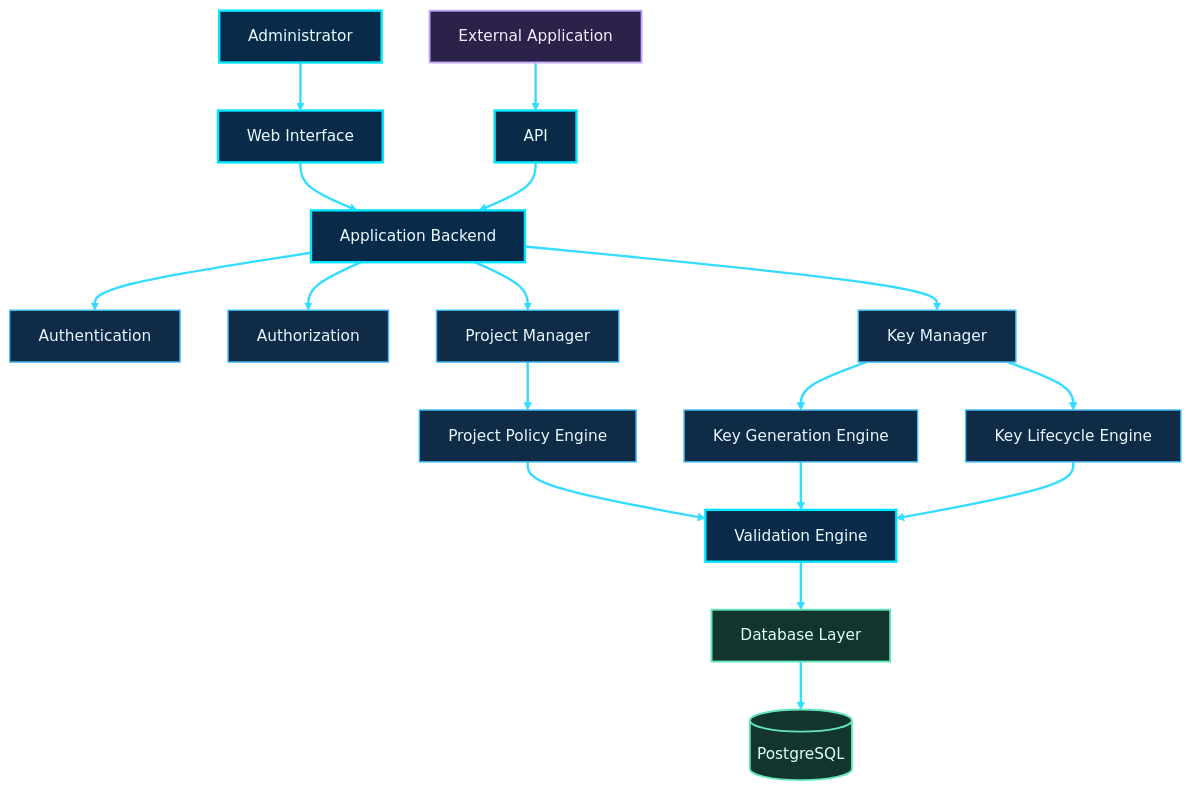
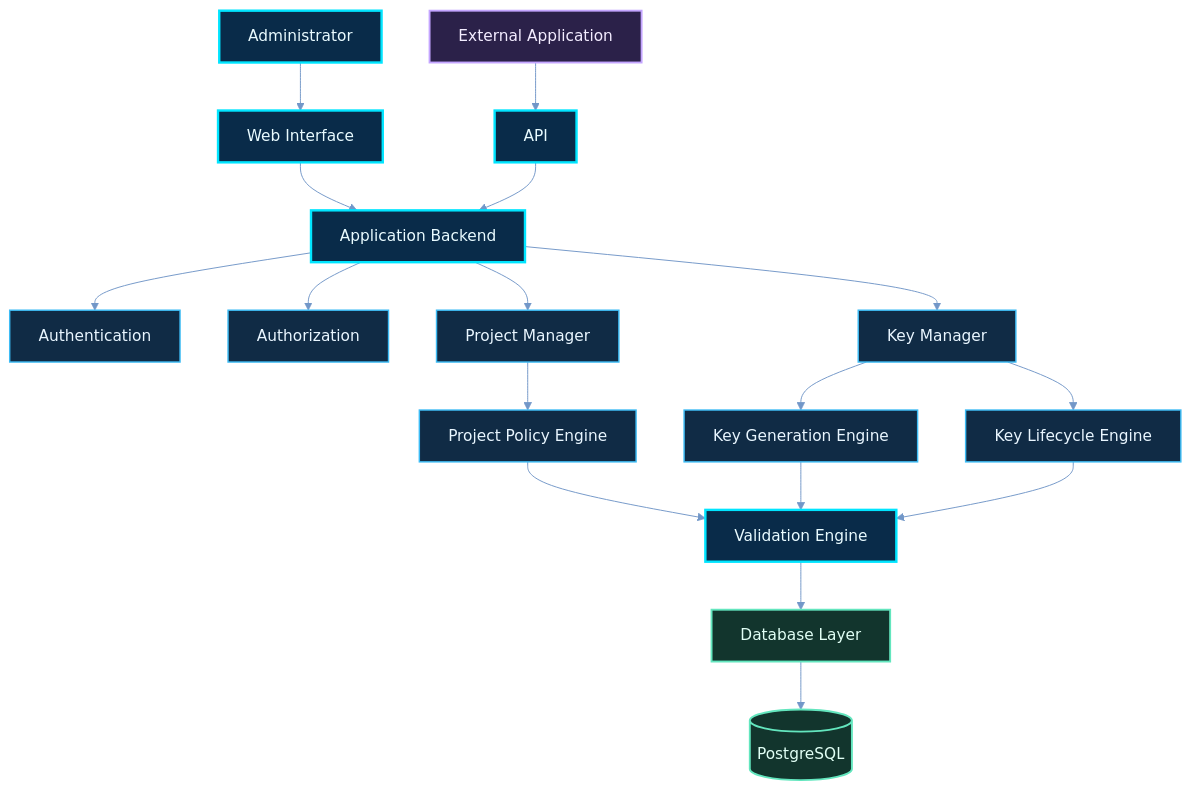
One commit to shajeduzzamanenan992008inc/NexOra-Database-key-Gen changed the fourth of 23 diagrams in README.md. Above: the diagram before and after it, drawn with Mermaid. The commit also changed other lines of this file, not shown here.

````diff
--- a/README.md
+++ b/README.md
@@ -532,44 +532,44 @@
 ```mermaid
 %%{init: {"theme":"base","themeVariables":{"darkMode":true,"background":"#07111f","primaryColor":"#102744","primaryTextColor":"#e8f7ff","primaryBorderColor":"#00d9ff","lineColor":"#7297c8","secondaryColor":"#261d45","secondaryTextColor":"#f3eaff","secondaryBorderColor":"#a78bfa","tertiaryColor":"#12332b","tertiaryTextColor":"#e0fff1","tertiaryBorderColor":"#41e6a2","fontFamily":"Inter, Segoe UI, sans-serif","edgeLabelBackground":"#101d34","mainBkg":"#102744","nodeBorder":"#00d9ff","clusterBkg":"#0b1930","clusterBorder":"#6f7dff","actorBkg":"#102744","actorBorder":"#00d9ff","actorTextColor":"#e8f7ff","signalColor":"#64d8ff","signalTextColor":"#e8f7ff","noteBkgColor":"#0e332b","noteBorderColor":"#41e6a2","noteTextColor":"#e0fff1"}}}%%
 flowchart TD
     A["Administrator"] --> B["Web Interface"]
     B --> C["Application Backend"]
 
     C --> D["Authentication"]
     C --> E["Authorization"]
     C --> F["Project Manager"]
     C --> G["Key Manager"]
 
     F --> H["Project Policy Engine"]
     G --> I["Key Generation Engine"]
     G --> J["Key Lifecycle Engine"]
 
     H --> K["Validation Engine"]
     I --> K
     J --> K
 
     K --> L["Database Layer"]
 
     M["External Application"] --> N["API"]
     N --> C
 
     L --> O[("PostgreSQL")]
 
+    %% OMEGA NEX-ORA visual classes
     %% OMEGA NEX-ORA / ULTRA NEON PALETTE
     classDef nxCore fill:#092b49,stroke:#00e5ff,stroke-width:2.5px,color:#e9fbff;
     classDef nxProcess fill:#102b45,stroke:#3dbcf5,stroke-width:1.5px,color:#e9f6ff;
     classDef nxDecision fill:#2b2050,stroke:#b38cff,stroke-width:2px,color:#f3edff;
     classDef nxSuccess fill:#0d3b2c,stroke:#3fffa0,stroke-width:2px,color:#e0fff0;
     classDef nxDanger fill:#451d30,stroke:#ff6688,stroke-width:2px,color:#fff0f3;
     classDef nxData fill:#12352d,stroke:#63e6be,stroke-width:2px,color:#e1fff5;
     classDef nxExternal fill:#2b2149,stroke:#c4a5ff,stroke-width:2px,color:#f3ecff;
     classDef nxInfo fill:#17253e,stroke:#91a7c9,stroke-width:1.5px,color:#e5efff;
     classDef nxWarning fill:#453116,stroke:#fbbf24,stroke-width:2px,color:#fff6d6;
+    %% Moving dashed route: Mermaid applies this class to explicitly identified edges.
     class A,B,C,K,N nxCore;
     class D,E,F,G,H,I,J nxProcess;
     class L,O nxData;
     class M nxExternal;
-
-    %% Animated primary paths using Mermaid linkStyle (no edge-ID parser required)
-    linkStyle default stroke:#35dcff,stroke-width:2.5px,stroke-dasharray:8\,6,stroke-dashoffset:1000,animation:dash 24s linear infinite;
+    class nx04e01,nx04e02,nx04e03,nx04e04,nx04e05,nx04e06,nx04e07,nx04e08,nx04e09,nx04e10 nxAnimated;
 ```
````
